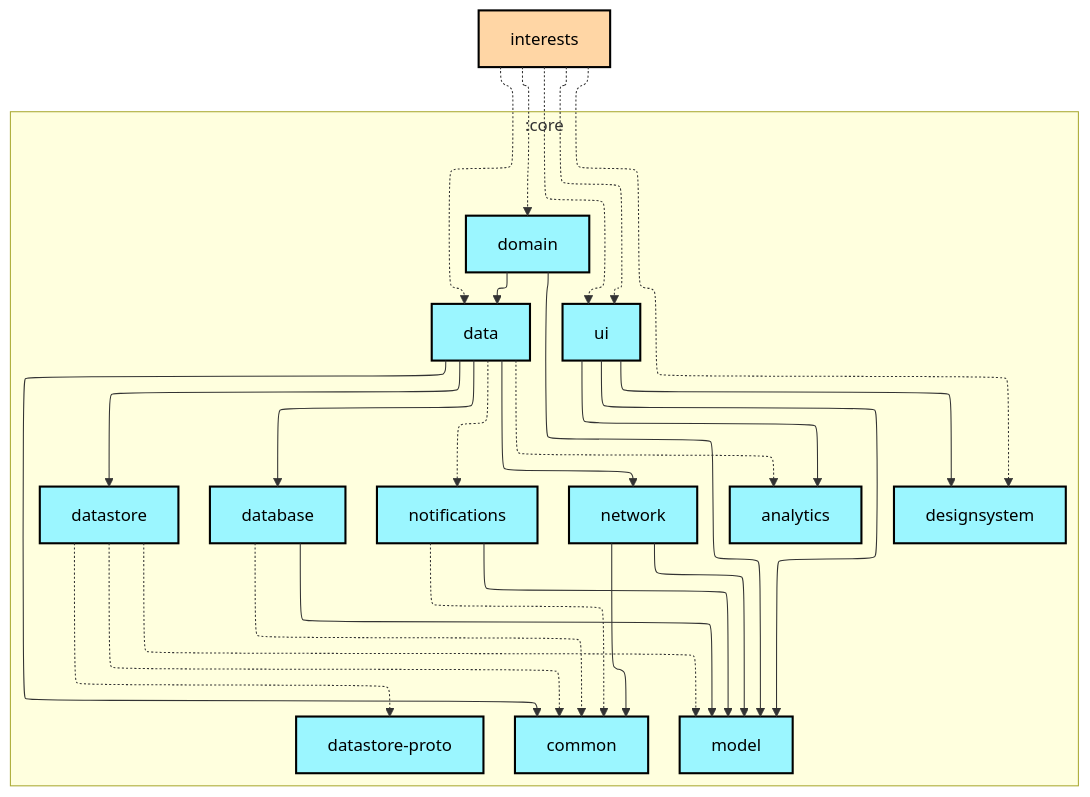
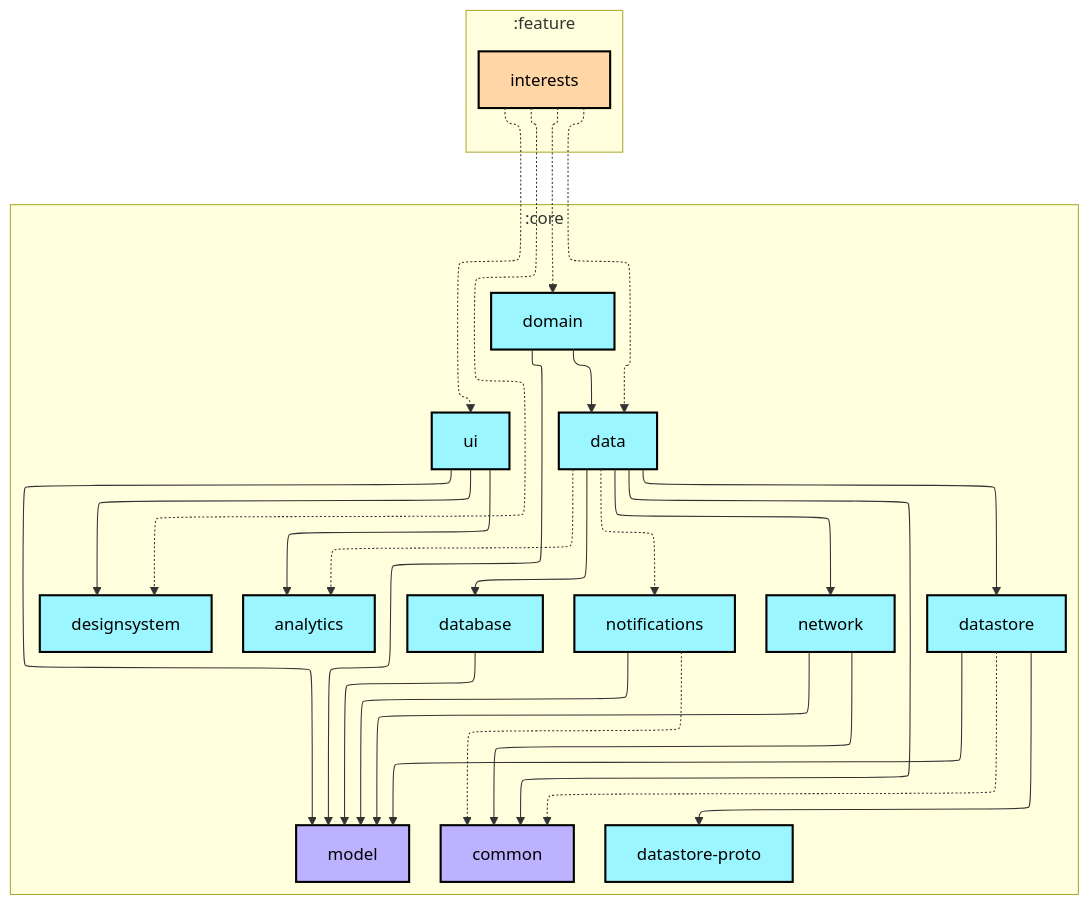
Before and after one commit to lihenggui/nowinkmp: the first of 2 diagrams in feature/interests/README.md, drawn with Mermaid. The commit also changed other lines of this file and 26 other files, not shown here.

First line of the commit message:
Revert "Updates module graphs"

````diff
--- a/feature/interests/README.md
+++ b/feature/interests/README.md
@@ -6,58 +6,59 @@
 ```mermaid
 ---
 config:
   layout: elk
   elk:
     nodePlacementStrategy: SIMPLE
 ---
 graph TB
   subgraph :core
     direction TB
-    :core:analytics[analytics]:::kmp-library
-    :core:common[common]:::kmp-library
-    :core:data[data]:::kmp-library
-    :core:database[database]:::kmp-library
-    :core:datastore[datastore]:::kmp-library
-    :core:datastore-proto[datastore-proto]:::kmp-library
-    :core:designsystem[designsystem]:::kmp-library
-    :core:domain[domain]:::kmp-library
-    :core:model[model]:::kmp-library
-    :core:network[network]:::kmp-library
-    :core:notifications[notifications]:::kmp-library
-    :core:ui[ui]:::kmp-library
+    :core:analytics[analytics]:::android-library
+    :core:common[common]:::jvm-library
+    :core:data[data]:::android-library
+    :core:database[database]:::android-library
+    :core:datastore[datastore]:::android-library
+    :core:datastore-proto[datastore-proto]:::android-library
+    :core:designsystem[designsystem]:::android-library
+    :core:domain[domain]:::android-library
+    :core:model[model]:::jvm-library
+    :core:network[network]:::android-library
+    :core:notifications[notifications]:::android-library
+    :core:ui[ui]:::android-library
   end
-  :feature:interests[interests]:::cmp-feature
+  subgraph :feature
+    direction TB
+    :feature:interests[interests]:::android-feature
+  end
 
   :core:data -.-> :core:analytics
   :core:data --> :core:common
   :core:data --> :core:database
   :core:data --> :core:datastore
   :core:data --> :core:network
   :core:data -.-> :core:notifications
-  :core:database -.-> :core:common
   :core:database --> :core:model
   :core:datastore -.-> :core:common
-  :core:datastore -.-> :core:datastore-proto
-  :core:datastore -.-> :core:model
+  :core:datastore --> :core:datastore-proto
+  :core:datastore --> :core:model
   :core:domain --> :core:data
   :core:domain --> :core:model
   :core:network --> :core:common
   :core:network --> :core:model
   :core:notifications -.-> :core:common
   :core:notifications --> :core:model
   :core:ui --> :core:analytics
   :core:ui --> :core:designsystem
   :core:ui --> :core:model
   :feature:interests -.-> :core:data
   :feature:interests -.-> :core:designsystem
   :feature:interests -.-> :core:domain
   :feature:interests -.-> :core:ui
-  :feature:interests -.-> :core:ui
 
-classDef cmp-application fill:#CAFFBF,stroke:#000,stroke-width:2px,color:#000;
-classDef cmp-feature fill:#FFD6A5,stroke:#000,stroke-width:2px,color:#000;
-classDef kmp-library fill:#9BF6FF,stroke:#000,stroke-width:2px,color:#000;
+classDef android-application fill:#CAFFBF,stroke:#000,stroke-width:2px,color:#000;
+classDef android-feature fill:#FFD6A5,stroke:#000,stroke-width:2px,color:#000;
+classDef android-library fill:#9BF6FF,stroke:#000,stroke-width:2px,color:#000;
+classDef android-test fill:#A0C4FF,stroke:#000,stroke-width:2px,color:#000;
 classDef jvm-library fill:#BDB2FF,stroke:#000,stroke-width:2px,color:#000;
-classDef android-test fill:#A0C4FF,stroke:#000,stroke-width:2px,color:#000;
 classDef unknown fill:#FFADAD,stroke:#000,stroke-width:2px,color:#000;
 ```
````
